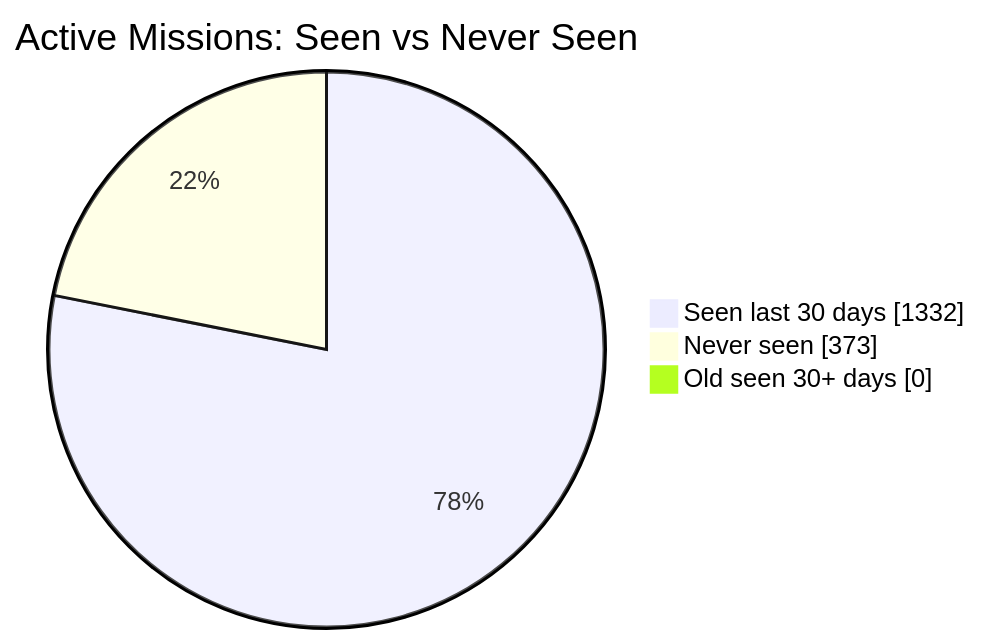
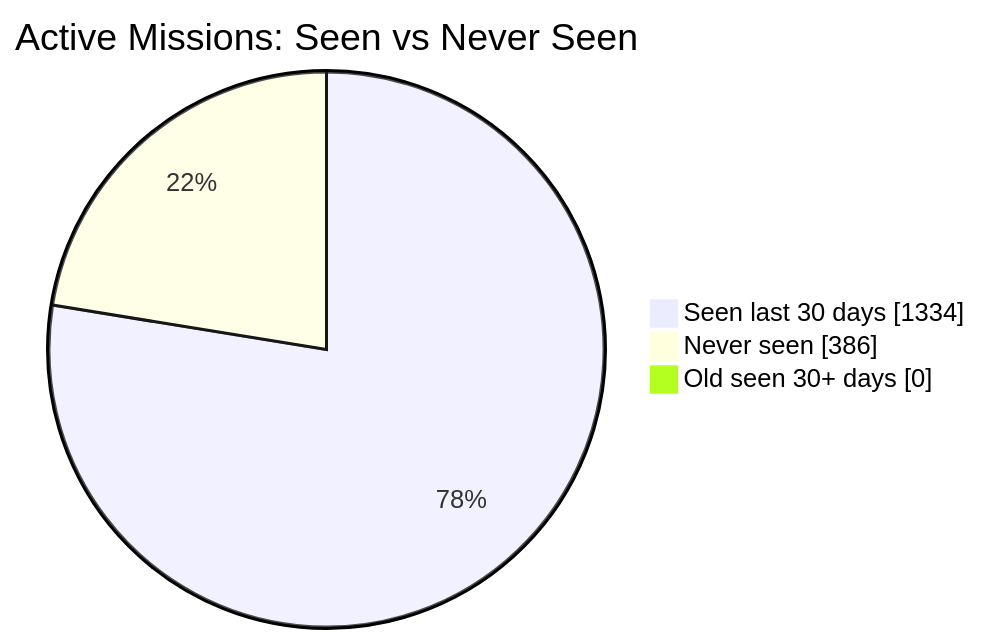
The first of 2 diagrams in README.md (MeldkamerspelGameTeam/active-missions), drawn with Mermaid before and after one commit. The commit also changed other lines of this file and 3 other files, not shown here.

````diff
--- a/README.md
+++ b/README.md
@@ -34,7 +34,7 @@
 ```mermaid
 pie showData
     title Active Missions: Seen vs Never Seen
-    "Seen last 30 days" : 1332
-    "Never seen" : 373
+    "Seen last 30 days" : 1334
+    "Never seen" : 386
     "Old seen 30+ days" : 0
 ```
````
